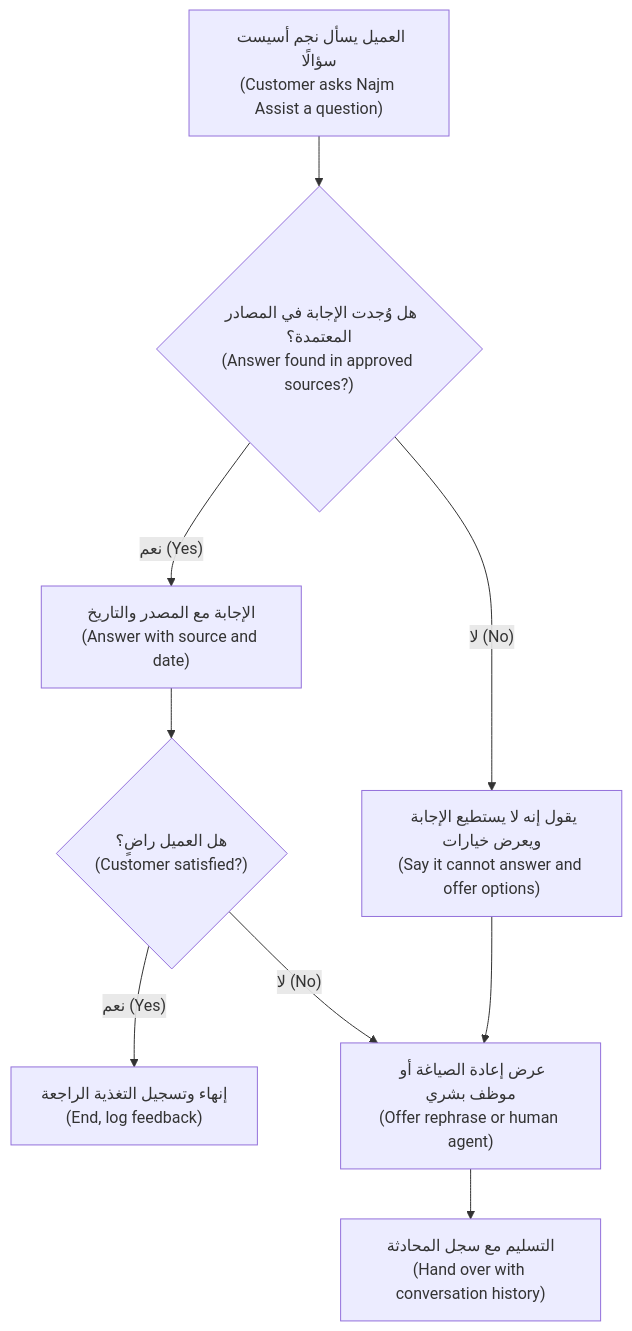
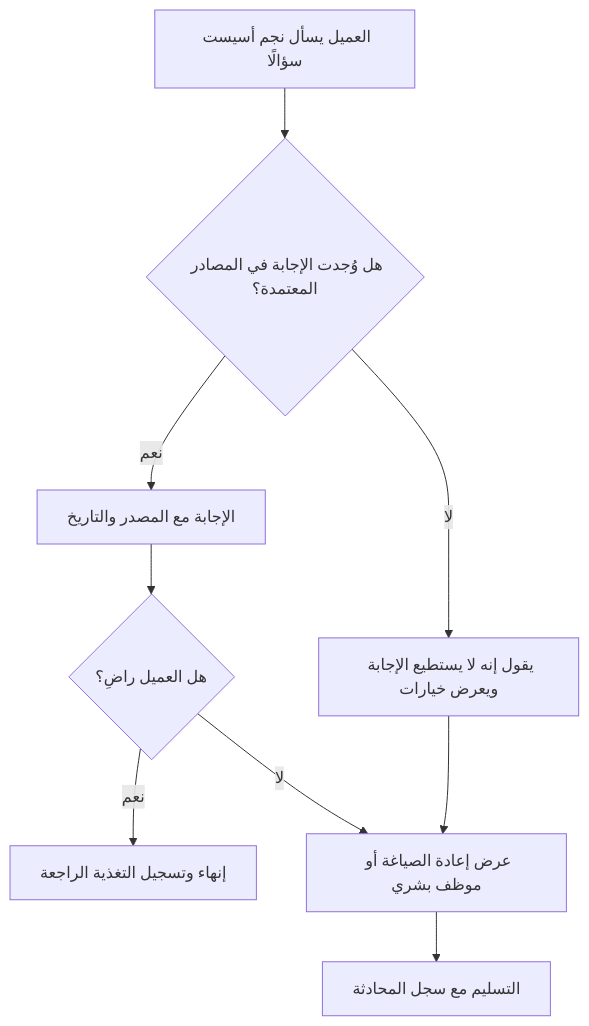
One commit to Tamoura/system-design-for-vibe-coders changed the second of 3 diagrams in aipm/modules/04-design.ar.md. Above: the diagram before and after it, drawn with Mermaid. The commit also changed other lines of this file and 551 other files, not shown here.

````diff
--- a/aipm/modules/04-design.ar.md
+++ b/aipm/modules/04-design.ar.md
@@ -329,11 +337,11 @@
 ```mermaid
 flowchart TD
-    A["العميل يسأل نجم أسيست سؤالًا<br/>(Customer asks Najm Assist a question)"] --> B{"هل وُجدت الإجابة في المصادر المعتمدة؟<br/>(Answer found in approved sources?)"}
-    B -- "نعم (Yes)" --> C["الإجابة مع المصدر والتاريخ<br/>(Answer with source and date)"]
-    B -- "لا (No)" --> D["يقول إنه لا يستطيع الإجابة ويعرض خيارات<br/>(Say it cannot answer and offer options)"]
-    C --> E{"هل العميل راضٍ؟<br/>(Customer satisfied?)"}
-    E -- "نعم (Yes)" --> F["إنهاء وتسجيل التغذية الراجعة<br/>(End, log feedback)"]
-    E -- "لا (No)" --> G["عرض إعادة الصياغة أو موظف بشري<br/>(Offer rephrase or human agent)"]
+    A["العميل يسأل نجم أسيست سؤالًا"] --> B{"هل وُجدت الإجابة في المصادر المعتمدة؟"}
+    B -- "نعم" --> C["الإجابة مع المصدر والتاريخ"]
+    B -- "لا" --> D["يقول إنه لا يستطيع الإجابة ويعرض خيارات"]
+    C --> E{"هل العميل راضٍ؟"}
+    E -- "نعم" --> F["إنهاء وتسجيل التغذية الراجعة"]
+    E -- "لا" --> G["عرض إعادة الصياغة أو موظف بشري"]
     D --> G
-    G --> H["التسليم مع سجل المحادثة<br/>(Hand over with conversation history)"]
+    G --> H["التسليم مع سجل المحادثة"]
 ```
````
